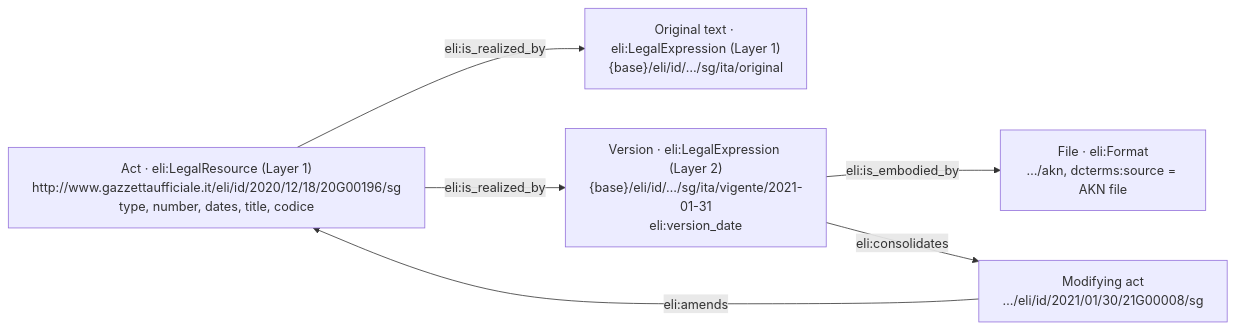
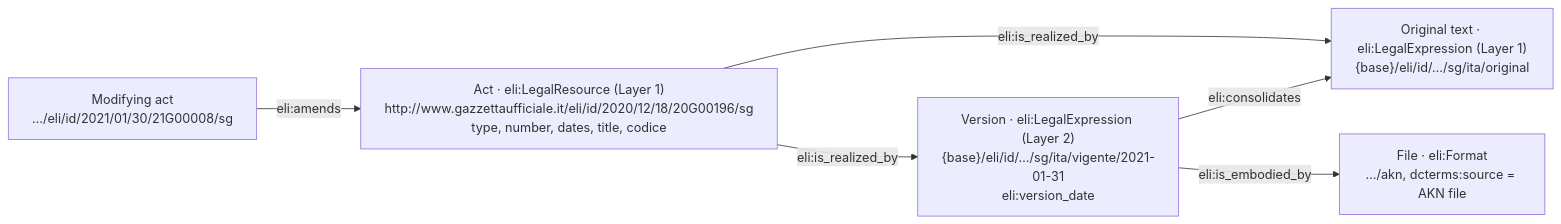
The second of 4 diagrams in ARCHITECTURE.md (arvind088/Crawlar-gazzettaufficial), drawn with Mermaid before and after one commit. The commit also changed other lines of this file and 28 other files, not shown here.

````diff
--- a/ARCHITECTURE.md
+++ b/ARCHITECTURE.md
@@ -60,13 +60,13 @@
 ```mermaid
 flowchart LR
     W["Act · eli:LegalResource (Layer 1)<br/>http://www.gazzettaufficiale.it/eli/id/2020/12/18/20G00196/sg<br/>type, number, dates, title, codice"]
     E1["Original text · eli:LegalExpression (Layer 1)<br/>{base}/eli/id/…/sg/ita/original"]
     E2["Version · eli:LegalExpression (Layer 2)<br/>{base}/eli/id/…/sg/ita/vigente/2021-01-31<br/>eli:version_date"]
     F["File · eli:Format<br/>…/akn, dcterms:source = AKN file"]
     M["Modifying act<br/>…/eli/id/2021/01/30/21G00008/sg"]
     W -- eli:is_realized_by --> E1
     W -- eli:is_realized_by --> E2
     E2 -- eli:is_embodied_by --> F
-    E2 -- eli:consolidates --> M
+    E2 -- eli:consolidates --> E1
     M -- eli:amends --> W
 ```
````
